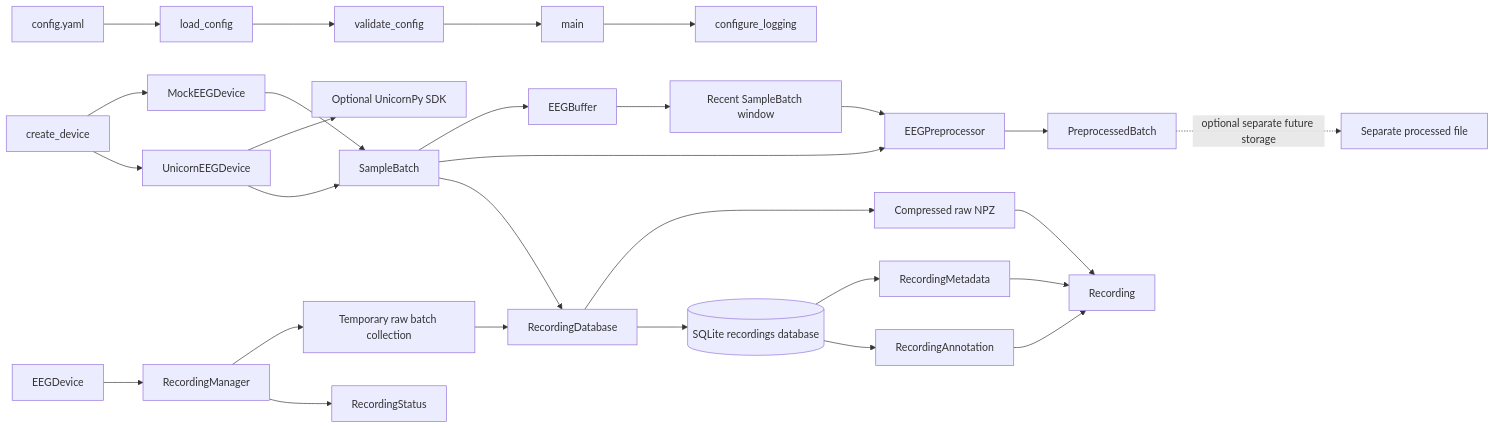
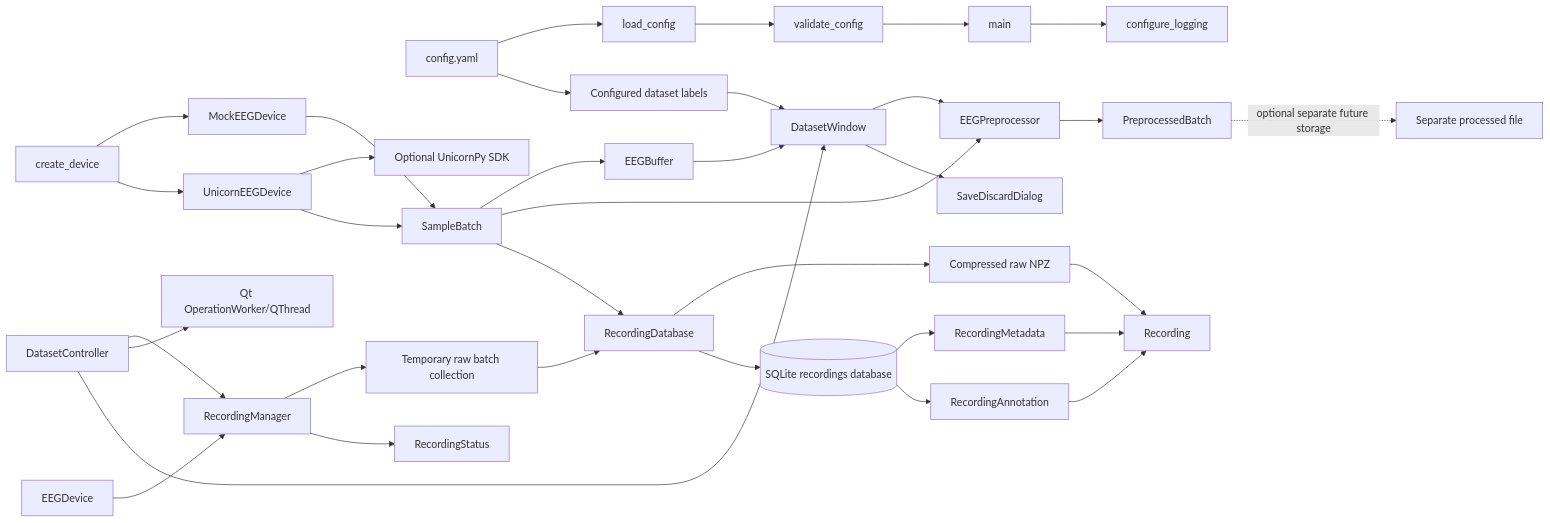
One commit to rohanchakra16/oxford-hack changed the diagram in docs/ARCHITECTURE.md. Above: the diagram before and after it, drawn with Mermaid. The commit also changed other lines of this file and 9 other files, not shown here.

````diff
--- a/docs/ARCHITECTURE.md
+++ b/docs/ARCHITECTURE.md
@@ -8,35 +8,41 @@
 ```mermaid
 flowchart LR
     Config[config.yaml] --> Load[load_config]
     Load --> Validate[validate_config]
     Validate --> Main[main]
     Main --> Logging[configure_logging]
 
     Factory[create_device] --> Mock[MockEEGDevice]
     Factory --> Unicorn[UnicornEEGDevice]
     Unicorn --> SDK[Optional UnicornPy SDK]
     Mock --> Batch[SampleBatch]
     Unicorn --> Batch
 
     Batch --> Buffer[EEGBuffer]
     Buffer --> Window[Recent SampleBatch window]
     Batch --> Pre[EEGPreprocessor]
     Window --> Pre
     Pre --> Processed[PreprocessedBatch]
 
     Batch --> DB[RecordingDatabase]
     DB --> Raw[Compressed raw NPZ]
     DB --> SQLite[(SQLite recordings database)]
     SQLite --> Meta[RecordingMetadata]
     SQLite --> Annotation[RecordingAnnotation]
     Meta --> Recording[Recording]
     Raw --> Recording
     Annotation --> Recording
 
     Device[EEGDevice] --> Manager[RecordingManager]
     Manager --> Temp[Temporary raw batch collection]
     Temp --> DB
     Manager --> Status[RecordingStatus]
+    Controller[DatasetController] --> Manager
+    Controller --> Worker[Qt OperationWorker/QThread]
+    Controller --> Window[DatasetWindow]
+    Window --> Dialog[SaveDiscardDialog]
+    Config --> Labels[Configured dataset labels]
+    Labels --> Window
 
     Processed -. optional separate future storage .-> ProcessedFile[Separate processed file]
 ```
````
